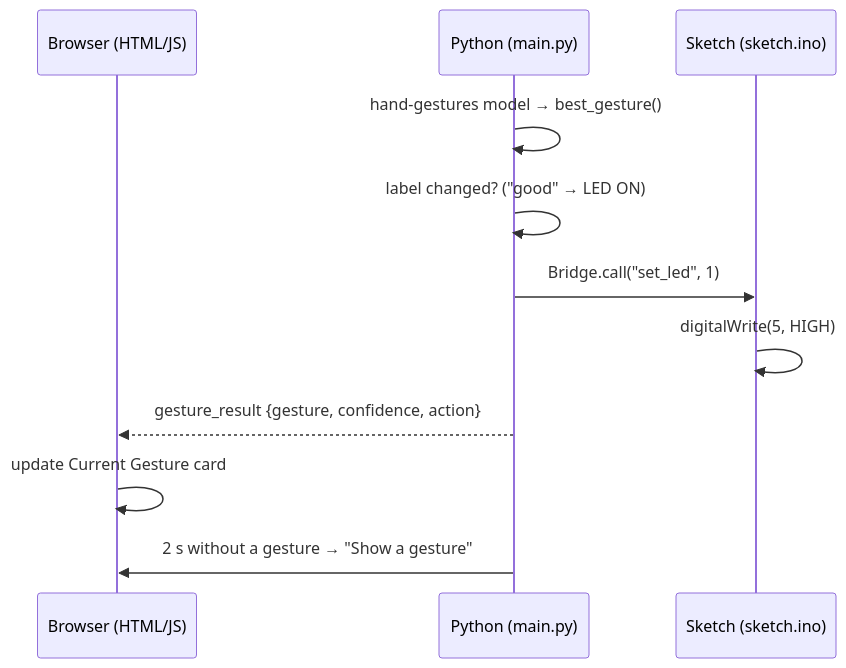
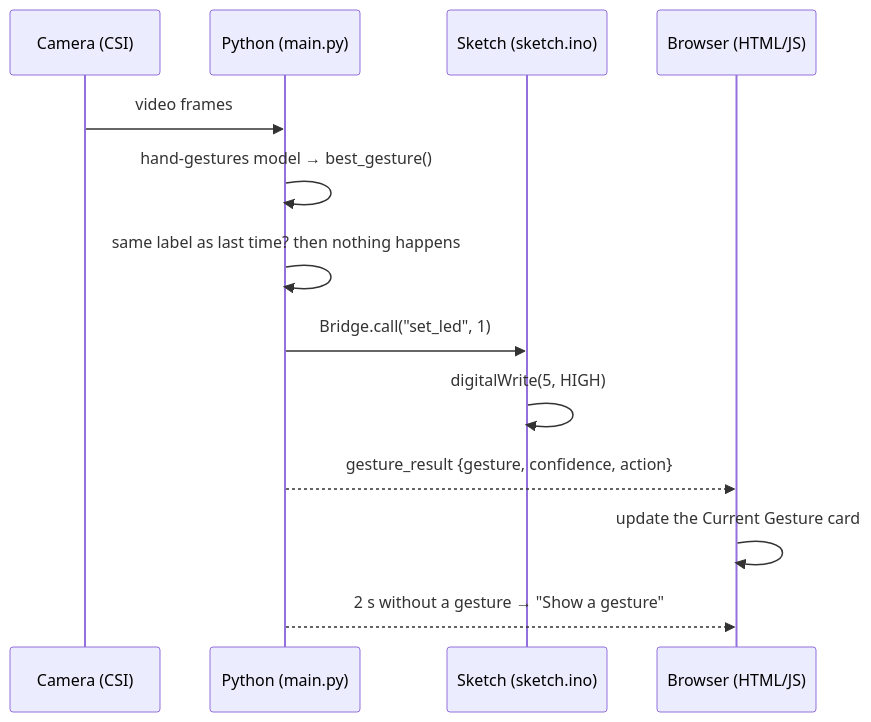
Before and after one commit to sunfounder/unoq-ai-kit: the diagram in docs/source/edge_ai/04_ai_gesture_light.rst, drawn with Mermaid. The commit also changed other lines of this file and 8 other files, not shown here.

```diff
--- a/docs/source/edge_ai/04_ai_gesture_light.rst
+++ b/docs/source/edge_ai/04_ai_gesture_light.rst
@@ -283,14 +141,16 @@
 .. mermaid::
 
    sequenceDiagram
-       participant B as Browser (HTML/JS)
+       participant C as Camera (CSI)
        participant P as Python (main.py)
        participant S as Sketch (sketch.ino)
+       participant B as Browser (HTML/JS)
 
+       C->>P: video frames
        P->>P: hand-gestures model → best_gesture()
-       P->>P: label changed? ("good" → LED ON)
+       P->>P: same label as last time? then nothing happens
        P->>S: Bridge.call("set_led", 1)
        S->>S: digitalWrite(5, HIGH)
        P-->>B: gesture_result {gesture, confidence, action}
-       B->>B: update Current Gesture card
-       P->>B: 2 s without a gesture → "Show a gesture"
+       B->>B: update the Current Gesture card
+       P-->>B: 2 s without a gesture → "Show a gesture"
```
